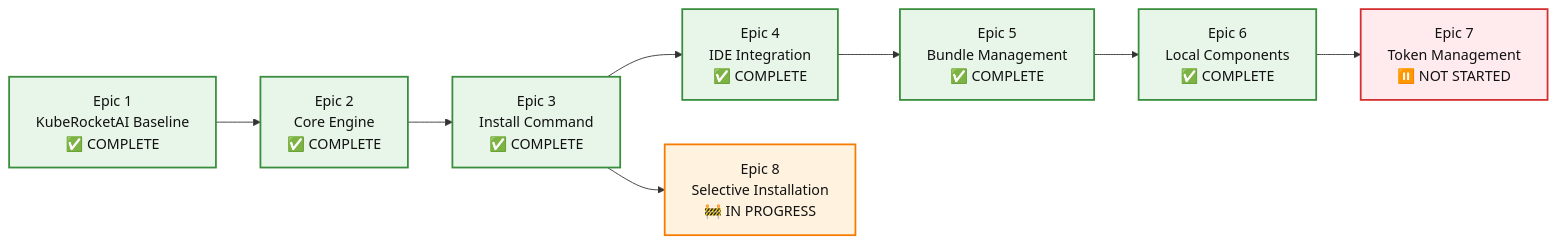
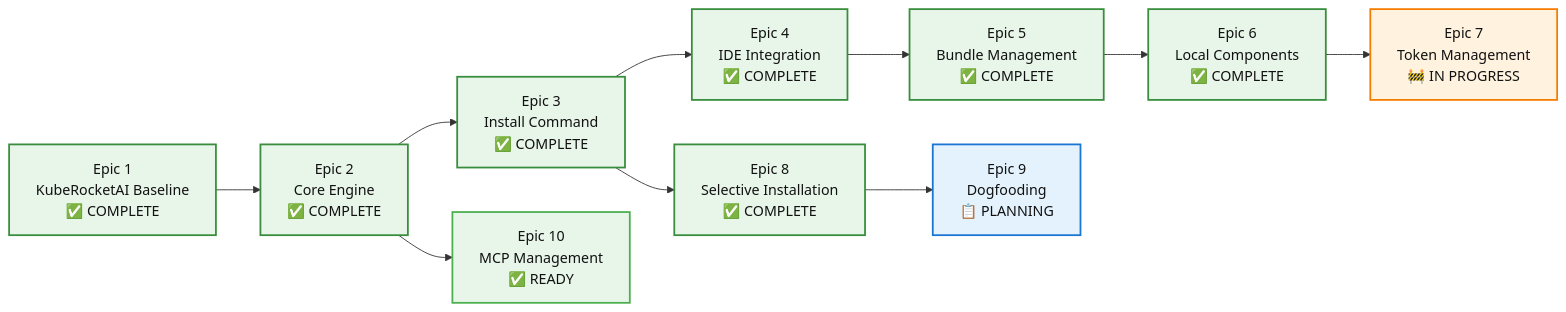
The diagram in docs/epics/README.md (KubeRocketCI/kuberocketai), drawn with Mermaid before and after one commit. The commit also changed other lines of this file and 3 other files, not shown here.

Commit message:
feat(docs): Define new epic on the MCP server topic

````diff
--- a/docs/epics/README.md
+++ b/docs/epics/README.md
@@ -35,19 +42,23 @@
 ```mermaid
 graph LR
     E1[Epic 1<br/>KubeRocketAI Baseline<br/>✅ COMPLETE] --> E2[Epic 2<br/>Core Engine<br/>✅ COMPLETE]
     E2 --> E3[Epic 3<br/>Install Command<br/>✅ COMPLETE]
     E3 --> E4[Epic 4<br/>IDE Integration<br/>✅ COMPLETE]
     E4 --> E5[Epic 5<br/>Bundle Management<br/>✅ COMPLETE]
     E5 --> E6[Epic 6<br/>Local Components<br/>✅ COMPLETE]
-    E6 --> E7[Epic 7<br/>Token Management<br/>⏸️ NOT STARTED]
-    E3 --> E8[Epic 8<br/>Selective Installation<br/>🚧 IN PROGRESS]
+    E6 --> E7[Epic 7<br/>Token Management<br/>🚧 IN PROGRESS]
+    E3 --> E8[Epic 8<br/>Selective Installation<br/>✅ COMPLETE]
+    E8 --> E9[Epic 9<br/>Dogfooding<br/>📋 PLANNING]
+    E2 --> E10[Epic 10<br/>MCP Management<br/>✅ READY]
 
     style E1 fill:#e8f5e9,stroke:#388e3c,stroke-width:2px,color:#111
     style E2 fill:#e8f5e9,stroke:#388e3c,stroke-width:2px,color:#111
     style E3 fill:#e8f5e9,stroke:#388e3c,stroke-width:2px,color:#111
     style E4 fill:#e8f5e9,stroke:#388e3c,stroke-width:2px,color:#111
     style E5 fill:#e8f5e9,stroke:#388e3c,stroke-width:2px,color:#111
     style E6 fill:#e8f5e9,stroke:#388e3c,stroke-width:2px,color:#111
-    style E7 fill:#ffebee,stroke:#d32f2f,stroke-width:2px,color:#111
-    style E8 fill:#fff3e0,stroke:#f57c00,stroke-width:2px,color:#111
+    style E7 fill:#fff3e0,stroke:#f57c00,stroke-width:2px,color:#111
+    style E8 fill:#e8f5e9,stroke:#388e3c,stroke-width:2px,color:#111
+    style E9 fill:#e3f2fd,stroke:#1976d2,stroke-width:2px,color:#111
+    style E10 fill:#e8f5e9,stroke:#4caf50,stroke-width:2px,color:#111
 ```
````
